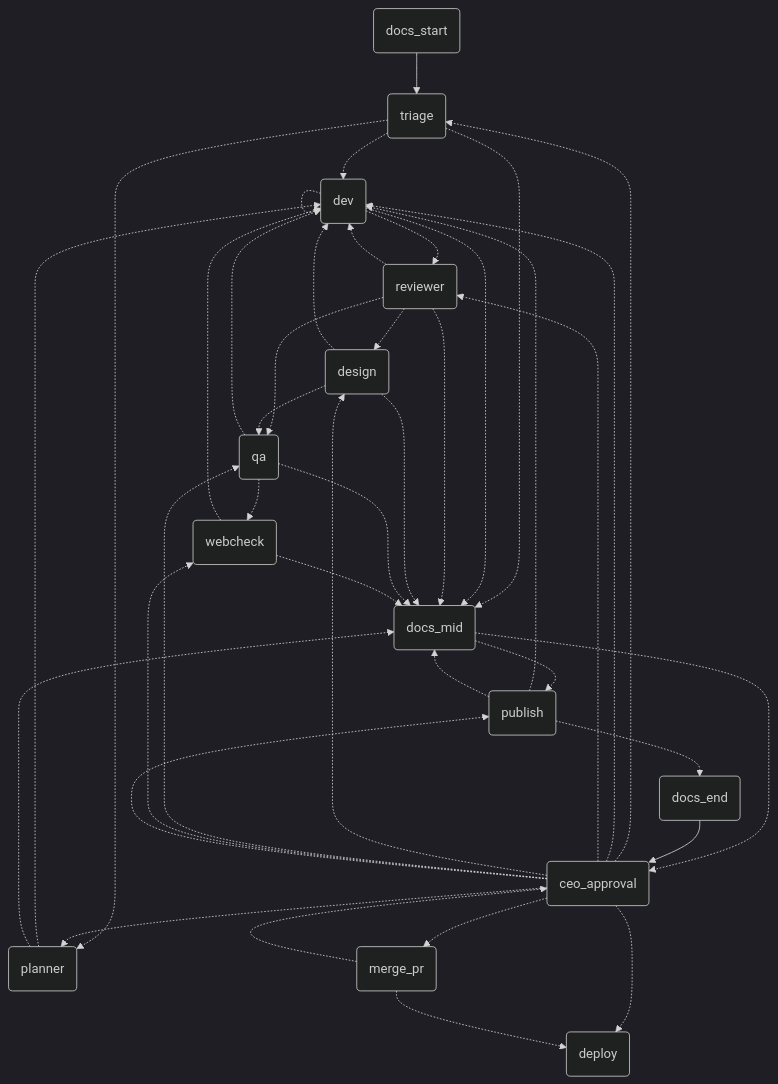
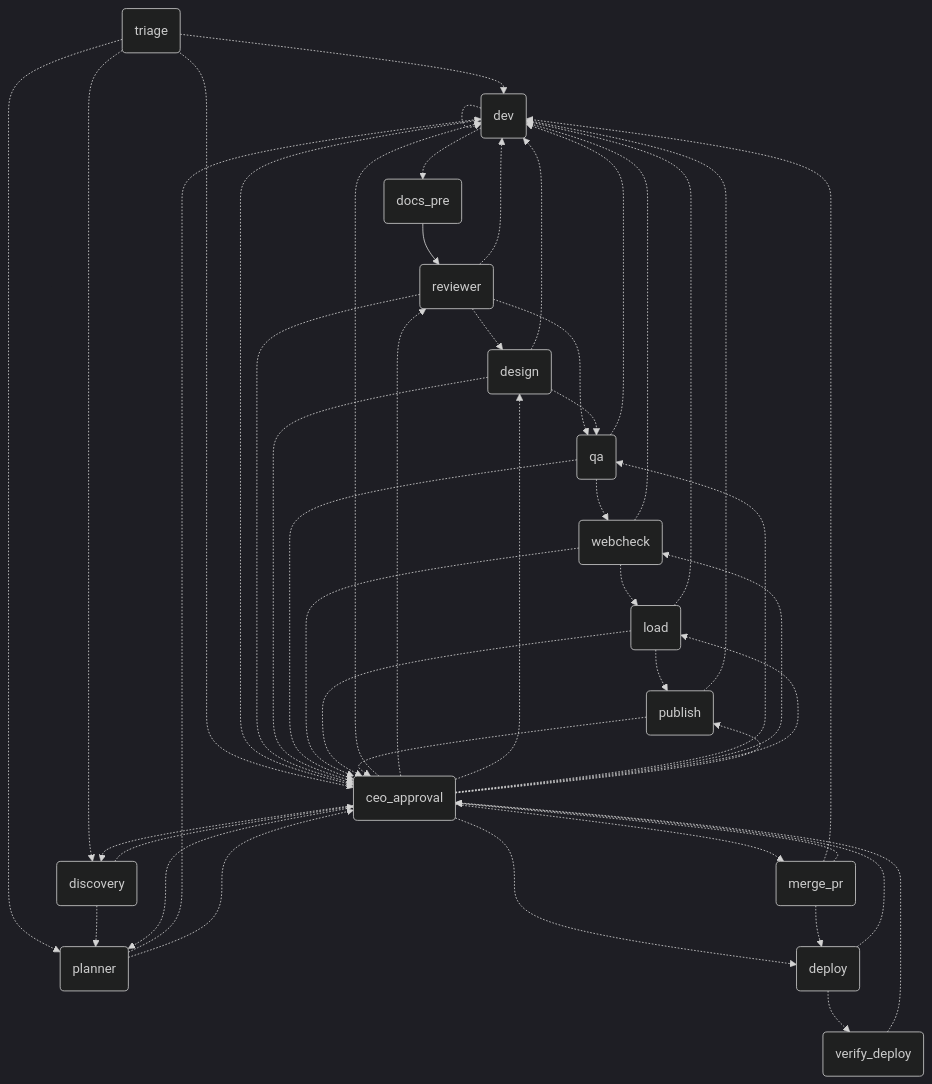
Before and after one commit to venturelli-91/agent-softhouse-orchestrator: the diagram in docs/portfolio/02-system-overview.md, drawn with Mermaid (dark theme). The commit also changed other lines of this file and 6 other files, not shown here.

````diff
--- a/docs/portfolio/02-system-overview.md
+++ b/docs/portfolio/02-system-overview.md
@@ -5,56 +5,65 @@
 ```mermaid
 graph TD;
-  docs_start(docs_start)
-  docs_mid(docs_mid)
-  docs_end(docs_end)
   triage(triage)
+  discovery(discovery)
   planner(planner)
   dev(dev)
+  docs_pre(docs_pre)
   reviewer(reviewer)
   design(design)
   qa(qa)
   webcheck(webcheck)
+  load(load)
   publish(publish)
   ceo_approval(ceo_approval)
   merge_pr(merge_pr)
   deploy(deploy)
-  docs_start --> triage;
+  verify_deploy(verify_deploy)
   triage -.-> dev;
+  triage -.-> discovery;
   triage -.-> planner;
-  triage -.-> docs_mid;
+  triage -.-> ceo_approval;
+  discovery -.-> planner;
+  discovery -.-> ceo_approval;
   planner -.-> dev;
-  planner -.-> docs_mid;
-  dev -.-> reviewer;
+  planner -.-> ceo_approval;
+  dev -.-> docs_pre;
   dev -.-> dev;
-  dev -.-> docs_mid;
+  dev -.-> ceo_approval;
+  docs_pre --> reviewer;
   reviewer -.-> design;
   reviewer -.-> qa;
   reviewer -.-> dev;
-  reviewer -.-> docs_mid;
+  reviewer -.-> ceo_approval;
   design -.-> qa;
   design -.-> dev;
-  design -.-> docs_mid;
+  design -.-> ceo_approval;
   qa -.-> webcheck;
   qa -.-> dev;
-  qa -.-> docs_mid;
-  webcheck -.-> docs_mid;
+  qa -.-> ceo_approval;
+  webcheck -.-> load;
   webcheck -.-> dev;
-  publish -.-> docs_end;
+  webcheck -.-> ceo_approval;
+  load -.-> publish;
+  load -.-> dev;
+  load -.-> ceo_approval;
+  publish -.-> ceo_approval;
   publish -.-> dev;
-  publish -.-> docs_mid;
-  docs_mid -.-> publish;
-  docs_mid -.-> ceo_approval;
-  docs_end --> ceo_approval;
-  ceo_approval -.-> triage;
+  ceo_approval -.-> discovery;
   ceo_approval -.-> planner;
   ceo_approval -.-> dev;
   ceo_approval -.-> reviewer;
   ceo_approval -.-> design;
   ceo_approval -.-> qa;
   ceo_approval -.-> webcheck;
+  ceo_approval -.-> load;
   ceo_approval -.-> publish;
   ceo_approval -.-> merge_pr;
   ceo_approval -.-> deploy;
   merge_pr -.-> deploy;
+  merge_pr -.-> dev;
   merge_pr -.-> ceo_approval;
+  deploy -.-> verify_deploy;
+  deploy -.-> ceo_approval;
+  verify_deploy -.-> ceo_approval;
 ```
````
